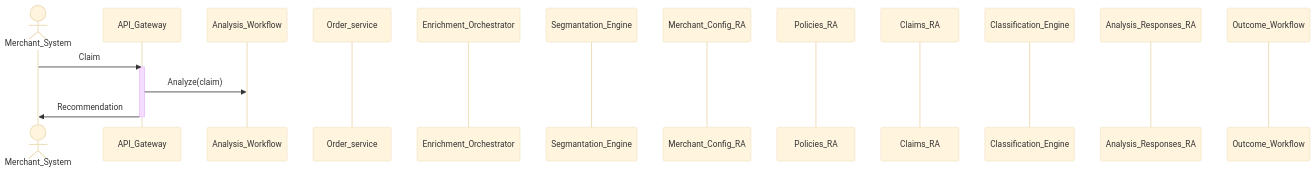
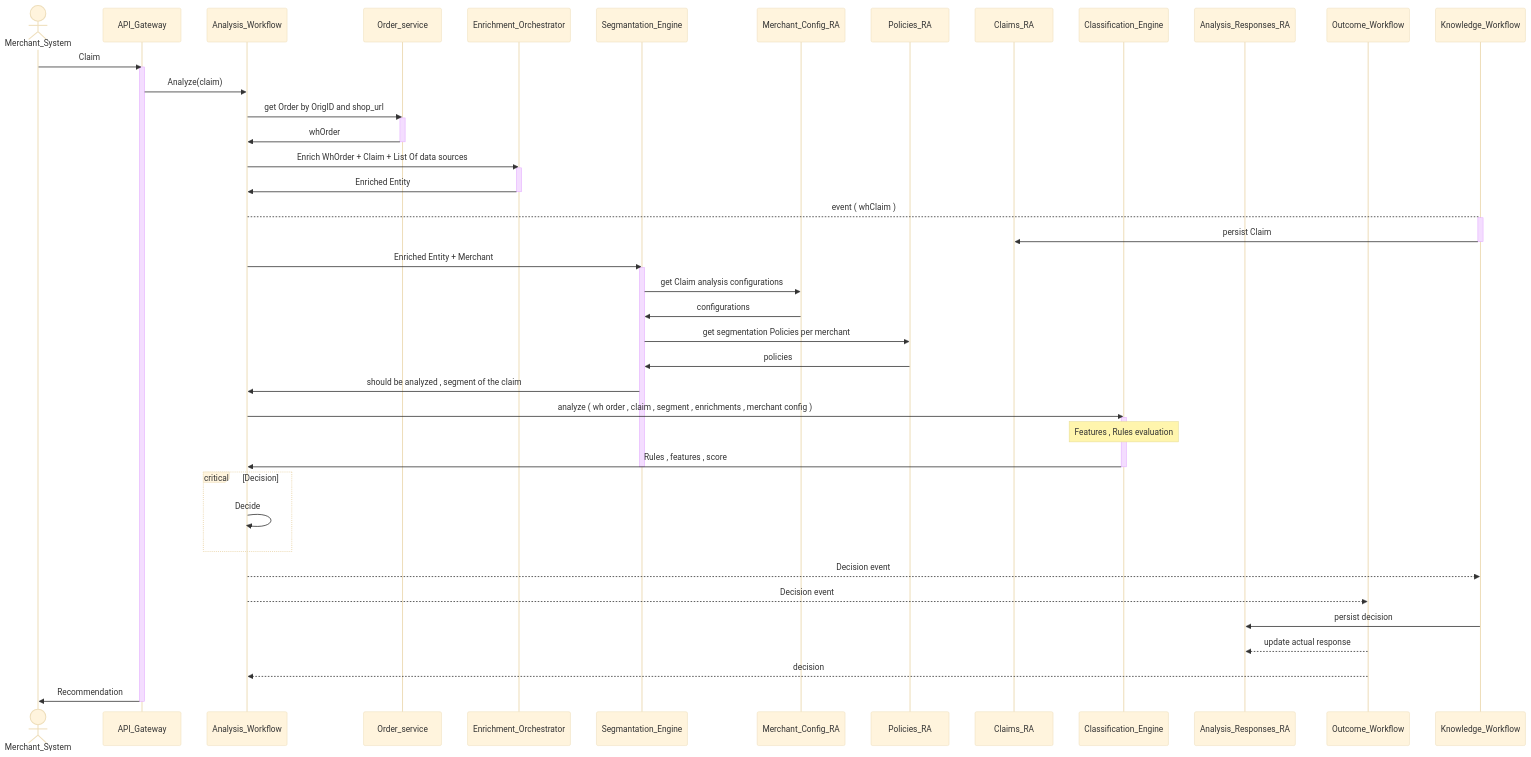
The diagram in claim_analysis/Analyse Refund Claim/diagram.md (alikinir/architecture_decision_record), drawn with Mermaid (base theme) before and after one commit.

````diff
--- a/claim_analysis/Analyse Refund Claim/diagram.md
+++ b/claim_analysis/Analyse Refund Claim/diagram.md
@@ -1,26 +1,74 @@
 ```mermaid
 sequenceDiagram
 actor Merchant_System
 participant API_Gateway
 participant Analysis_Workflow
 participant Order_service
 participant Enrichment_Orchestrator
 participant Segmantation_Engine
 participant Merchant_Config_RA
 participant Policies_RA
 participant Claims_RA
 participant Classification_Engine
 participant Analysis_Responses_RA
 participant Outcome_Workflow
+participant Knowledge_Workflow 
 
 
 Merchant_System->>API_Gateway: Claim
 activate API_Gateway
 API_Gateway ->> Analysis_Workflow: Analyze(claim)
 
+Analysis_Workflow ->> Order_service: get Order by OrigID and shop_url
+activate Order_service
+Order_service ->> Analysis_Workflow: whOrder
+deactivate Order_service
 
+Analysis_Workflow ->> Enrichment_Orchestrator: Enrich WhOrder + Claim + List Of data sources
+activate Enrichment_Orchestrator
+
+Enrichment_Orchestrator ->> Analysis_Workflow: Enriched Entity
+deactivate Enrichment_Orchestrator
+
+Analysis_Workflow --> Knowledge_Workflow: event ( whClaim )
+activate Knowledge_Workflow
+Knowledge_Workflow ->> Claims_RA: persist Claim
+deactivate Knowledge_Workflow
+
+Analysis_Workflow ->> Segmantation_Engine: Enriched Entity + Merchant 
+activate Segmantation_Engine
+Segmantation_Engine ->> Merchant_Config_RA: get Claim analysis configurations
+Merchant_Config_RA ->> Segmantation_Engine: configurations
+
+Segmantation_Engine ->> Policies_RA: get segmentation Policies per merchant
+Policies_RA ->> Segmantation_Engine: policies
+
+Segmantation_Engine ->> Analysis_Workflow: should be analyzed , segment of the claim
+
+Analysis_Workflow ->> Classification_Engine: analyze ( wh order , claim , segment , enrichments , merchant config )
+activate Classification_Engine
+Note over Classification_Engine: Features , Rules evaluation
+
+Classification_Engine ->> Analysis_Workflow: Rules , features , score
+deactivate Classification_Engine
+
+deactivate Segmantation_Engine
+
+critical Decision
+    Analysis_Workflow ->> Analysis_Workflow: Decide
+end 
+
+Analysis_Workflow -->> Knowledge_Workflow: Decision event
+Analysis_Workflow -->> Outcome_Workflow: Decision event
+Knowledge_Workflow ->> Analysis_Responses_RA: persist decision
+
+Outcome_Workflow -->> Analysis_Responses_RA: update actual response
+
+Outcome_Workflow -->> Analysis_Workflow: decision
 
 API_Gateway ->> Merchant_System: Recommendation
 
 deactivate API_Gateway
+
+
 ```
````
